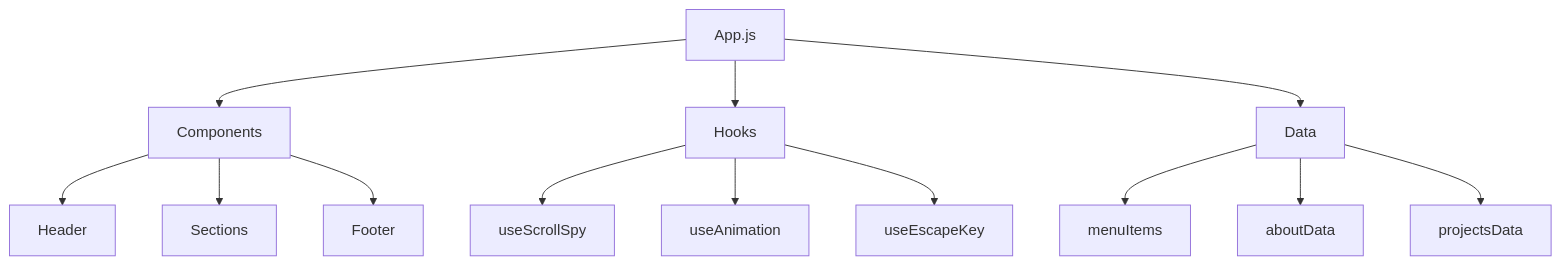
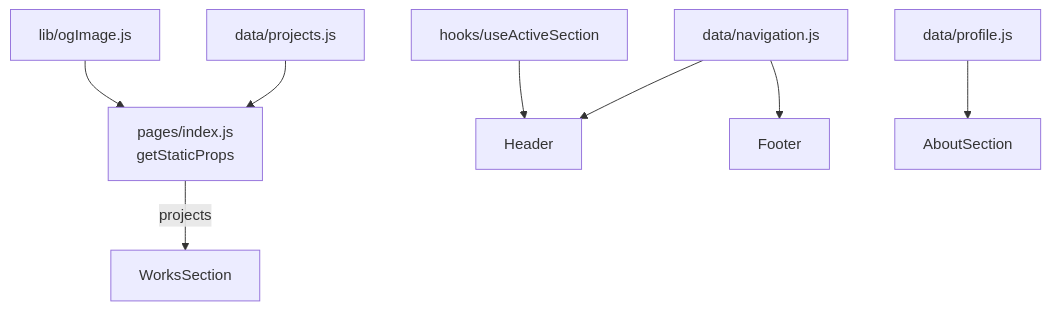
The diagram in README.md (bright-broom/ToshikiSakuta), drawn with Mermaid before and after one commit. The commit also changed other lines of this file and 43 other files, not shown here.

````diff
--- a/README.md
+++ b/README.md
@@ -14,15 +54,10 @@
 ```mermaid
 graph TD
-    A[App.js] --> B[Components]
-    A --> C[Hooks]
-    A --> D[Data]
-    B --> E[Header]
-    B --> F[Sections]
-    B --> G[Footer]
-    C --> H[useScrollSpy]
-    C --> I[useAnimation]
-    C --> J[useEscapeKey]
-    D --> K[menuItems]
-    D --> L[aboutData]
-    D --> M[projectsData]
+    P[data/projects.js] --> S[pages/index.js<br/>getStaticProps]
+    O[lib/ogImage.js] --> S
+    S -->|projects| W[WorksSection]
+    N[data/navigation.js] --> H[Header]
+    N --> F[Footer]
+    R[data/profile.js] --> A[AboutSection]
+    AS[hooks/useActiveSection] --> H
 ```
````
